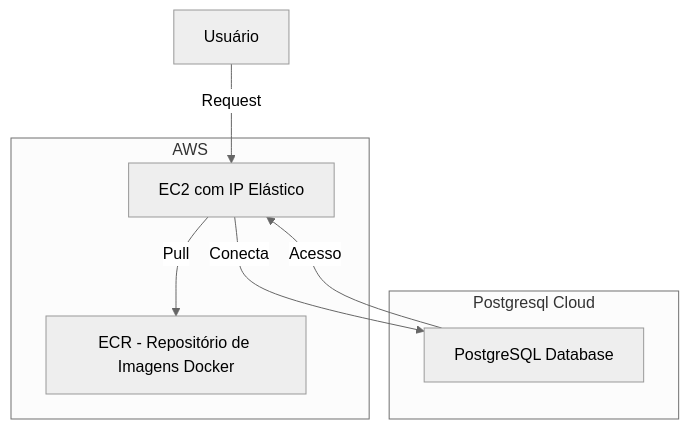
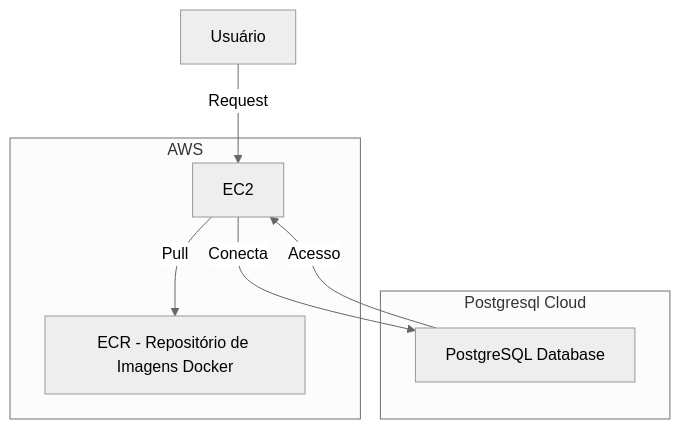
One commit to LucaGuidoRegolini/python-crud changed the diagram in readme.md. Above: the diagram before and after it, drawn with Mermaid (neutral theme). The commit also changed other lines of this file, not shown here.

````diff
--- a/readme.md
+++ b/readme.md
@@ -12,16 +12,16 @@
 ```mermaid
 graph TD;
-    A[Usuário] -->|Request| B[EC2 com IP Elástico]
+    A[Usuário] -->|Request| B[EC2]
     B -->|Pull| C[ECR - Repositório de Imagens Docker]
     B -->|Conecta| E[PostgreSQL Database]
     E -->|Acesso| B
 
     subgraph Postgresql Cloud
         E
     end
 
     subgraph AWS
         C
         B
     end
 ```
````
